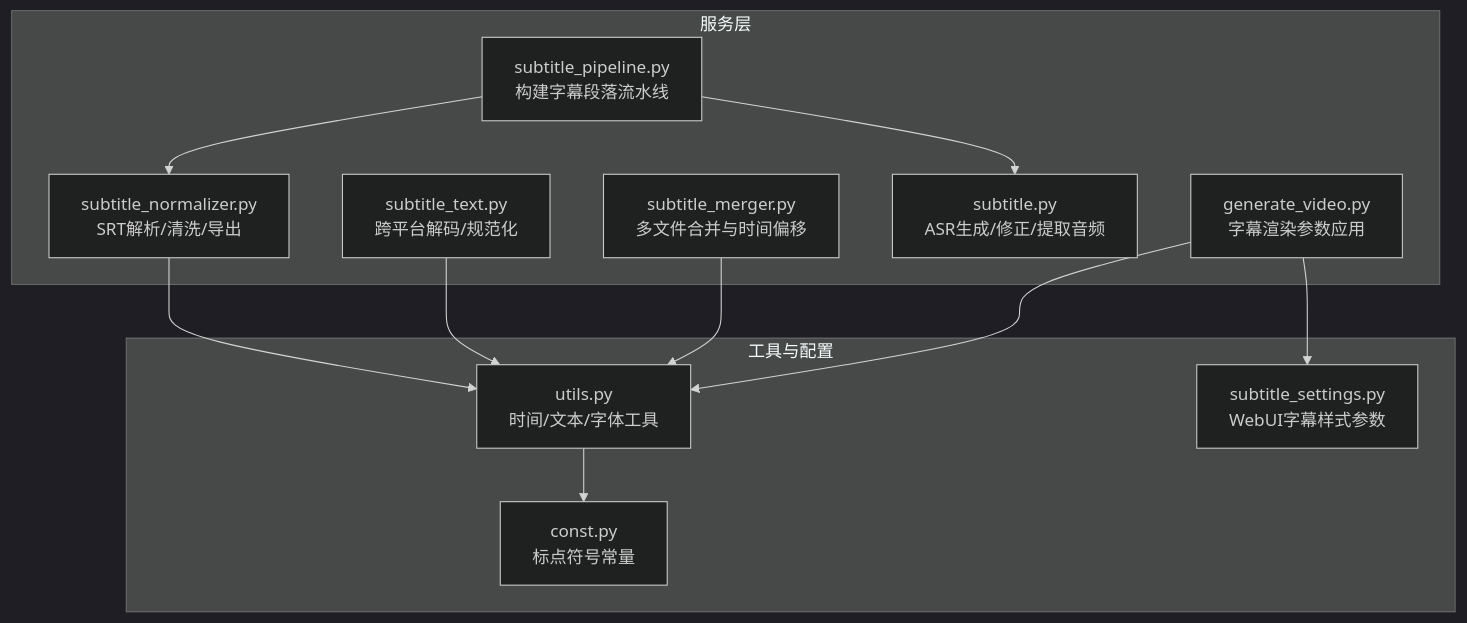
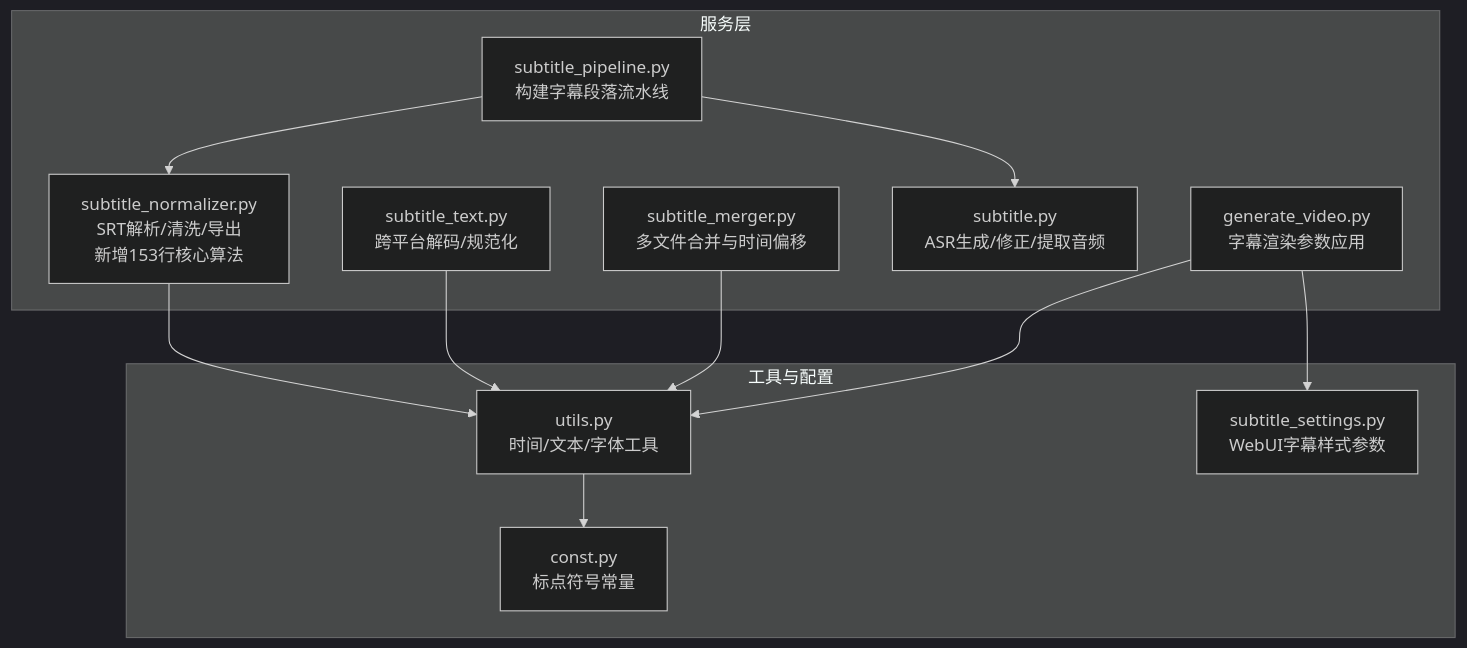
One commit to wowoduang/AIVideoClaude changed the first of 7 diagrams in .qoder/repowiki/zh/content/核心功能/字幕处理系统/字幕标准化器.md. Above: the diagram before and after it, drawn with Mermaid (dark theme). The commit also changed other lines of this file and 26 other files, not shown here.

````diff
--- a/.qoder/repowiki/zh/content/核心功能/字幕处理系统/字幕标准化器.md
+++ b/.qoder/repowiki/zh/content/核心功能/字幕处理系统/字幕标准化器.md
@@ -39,24 +49,24 @@
 ```mermaid
 graph TB
 subgraph "服务层"
-SN["subtitle_normalizer.py<br/>SRT解析/清洗/导出"]
+SN["subtitle_normalizer.py<br/>SRT解析/清洗/导出<br/>新增153行核心算法"]
 ST["subtitle_text.py<br/>跨平台解码/规范化"]
 SM["subtitle_merger.py<br/>多文件合并与时间偏移"]
 SP["subtitle_pipeline.py<br/>构建字幕段落流水线"]
 SU["subtitle.py<br/>ASR生成/修正/提取音频"]
 GV["generate_video.py<br/>字幕渲染参数应用"]
 end
 subgraph "工具与配置"
 UT["utils.py<br/>时间/文本/字体工具"]
 CT["const.py<br/>标点符号常量"]
 WS["subtitle_settings.py<br/>WebUI字幕样式参数"]
 end
 SP --> SN
 SP --> SU
 SN --> UT
 ST --> UT
 SM --> UT
 GV --> UT
 GV --> WS
 UT --> CT
 ```
````
